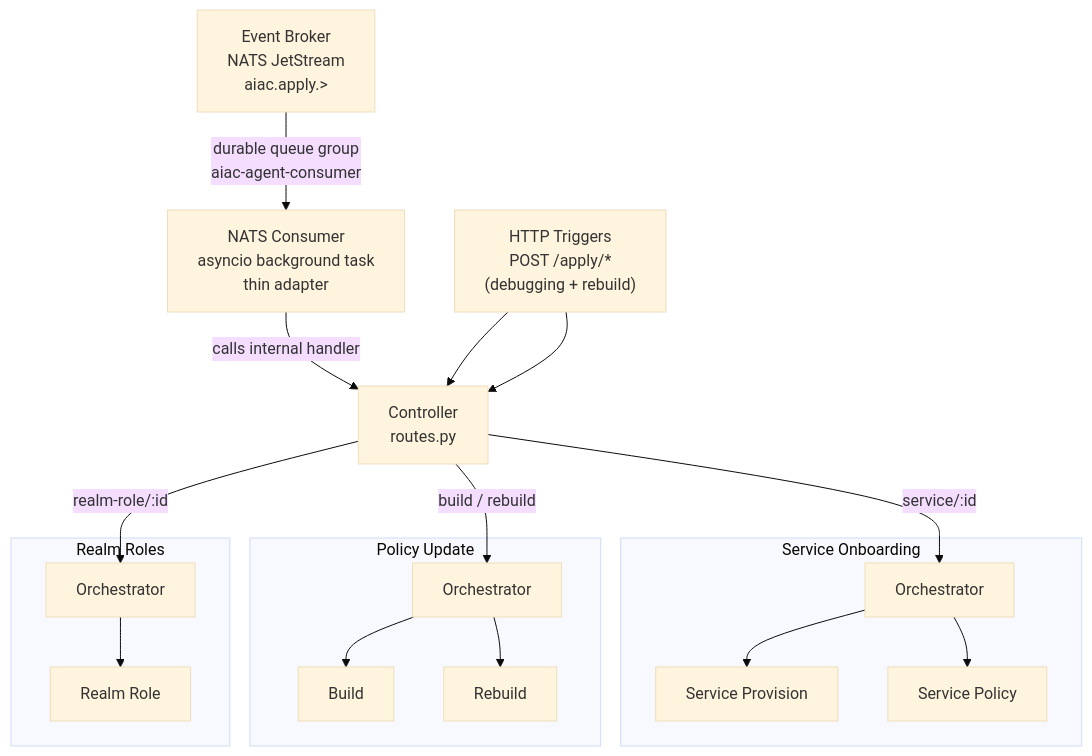
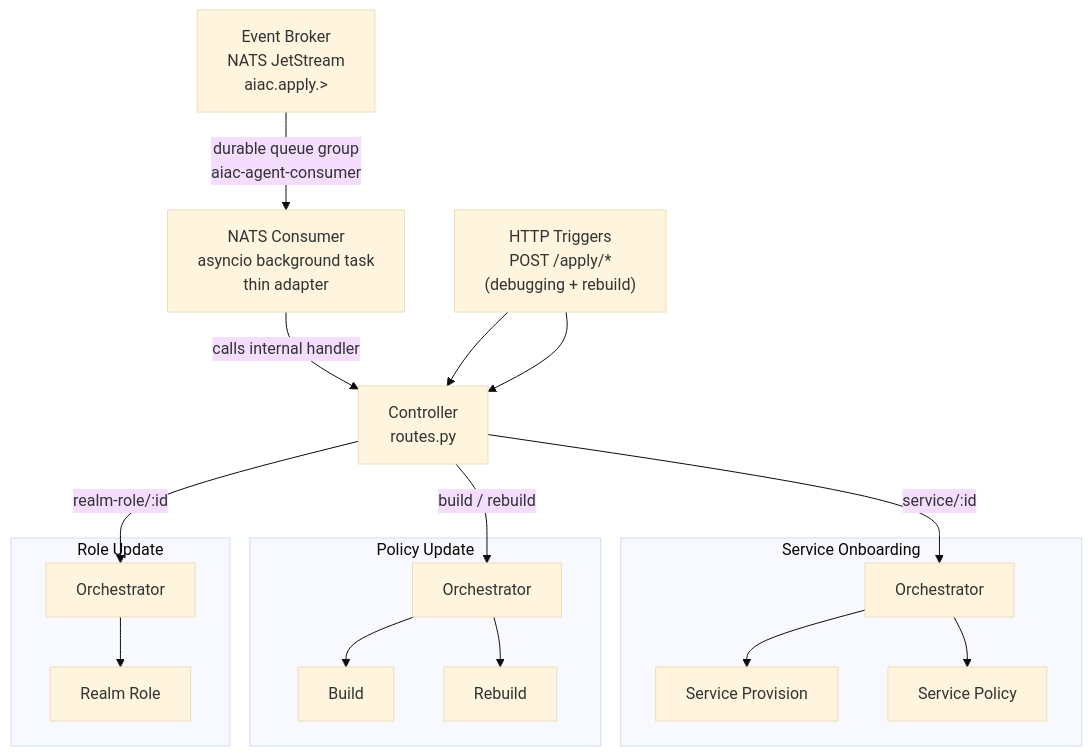
The first of 3 diagrams in inception/requirements/components/aiac-agent.md (rossoctl/aiac), drawn with Mermaid (base theme) before and after one commit. The commit also changed other lines of this file and 4 other files, not shown here.

````diff
--- a/inception/requirements/components/aiac-agent.md
+++ b/inception/requirements/components/aiac-agent.md
@@ -26,38 +26,38 @@
 ```mermaid
 flowchart TD
     NATS["Event Broker\nNATS JetStream\naiac.apply.>"]
     NATS_CONSUMER["NATS Consumer\nasyncio background task\nthin adapter"]
     TRIGGERS["HTTP Triggers\nPOST /apply/*\n(debugging + rebuild)"]
     CTRL["Controller\nroutes.py"]
 
     NATS -->|"durable queue group\naiac-agent-consumer"| NATS_CONSUMER
     NATS_CONSUMER -->|"calls internal handler"| CTRL
     TRIGGERS --> CTRL
 
     subgraph CO["Service Onboarding"]
         ORC1["Orchestrator"]
         SA1["Service Provision"]
         SA2["Service Policy"]
         ORC1 --> SA1
         ORC1 --> SA2
     end
 
     subgraph PU["Policy Update"]
         ORC2["Orchestrator"]
         SA3["Build"]
         SA4["Rebuild"]
         ORC2 --> SA3
         ORC2 --> SA4
     end
 
-    subgraph RR["Realm Roles"]
+    subgraph RR["Role Update"]
         ORC3["Orchestrator"]
         SA5["Realm Role"]
         ORC3 --> SA5
     end
 
     TRIGGERS --> CTRL
     CTRL -->|"realm-role/:id"| ORC3
     CTRL -->|"build / rebuild"| ORC2
     CTRL -->|"service/:id"| ORC1
 ```
````
